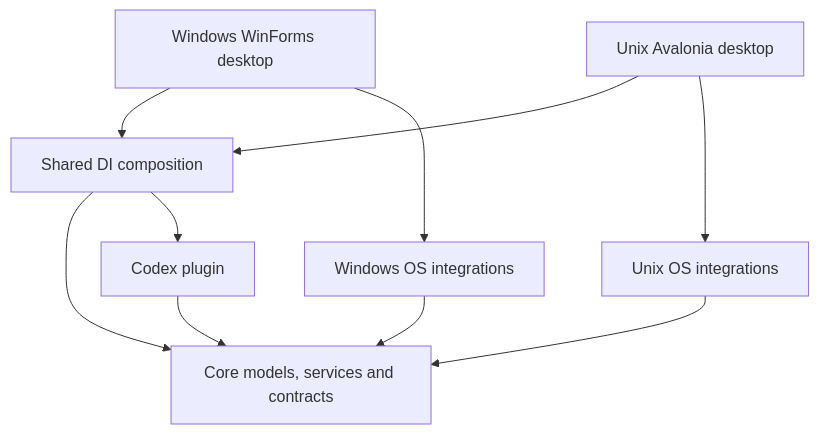
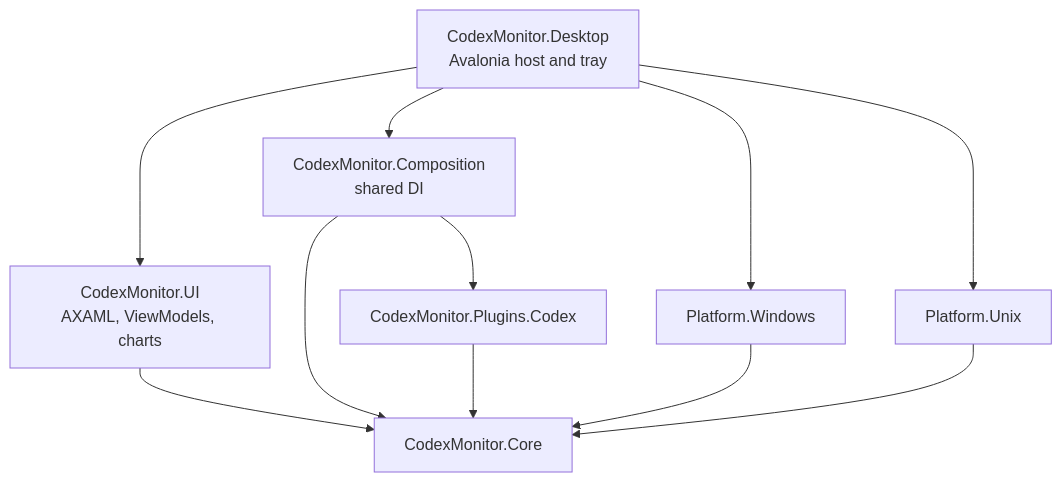
One commit to ppotepa/codex-monitor changed the diagram in docs/ARCHITECTURE.md. Above: the diagram before and after it, drawn with Mermaid. The commit also changed other lines of this file and 82 other files, not shown here.

Commit message:
Unify Windows Linux macOS presentation in shared Avalonia AXAML UI

````diff
--- a/docs/ARCHITECTURE.md
+++ b/docs/ARCHITECTURE.md
@@ -19,12 +5,13 @@
 ```mermaid
 flowchart TB
-    Windows[Windows WinForms desktop] --> Composition[Shared DI composition]
-    UnixApp[Unix Avalonia desktop] --> Composition
-    UnixApp --> UnixOs[Unix OS integrations]
-    Windows --> WindowsOs[Windows OS integrations]
-    Composition --> Core[Core models, services and contracts]
-    Composition --> Codex[Codex plugin]
+    Desktop[CodexMonitor.Desktop<br/>Avalonia host and tray] --> UI[CodexMonitor.UI<br/>AXAML, ViewModels, charts]
+    Desktop --> Composition[CodexMonitor.Composition<br/>shared DI]
+    Desktop --> Windows[Platform.Windows]
+    Desktop --> Unix[Platform.Unix]
+    UI --> Core[CodexMonitor.Core]
+    Composition --> Core
+    Composition --> Codex[CodexMonitor.Plugins.Codex]
     Codex --> Core
-    UnixOs --> Core
-    WindowsOs --> Core
+    Windows --> Core
+    Unix --> Core
 ```
````
